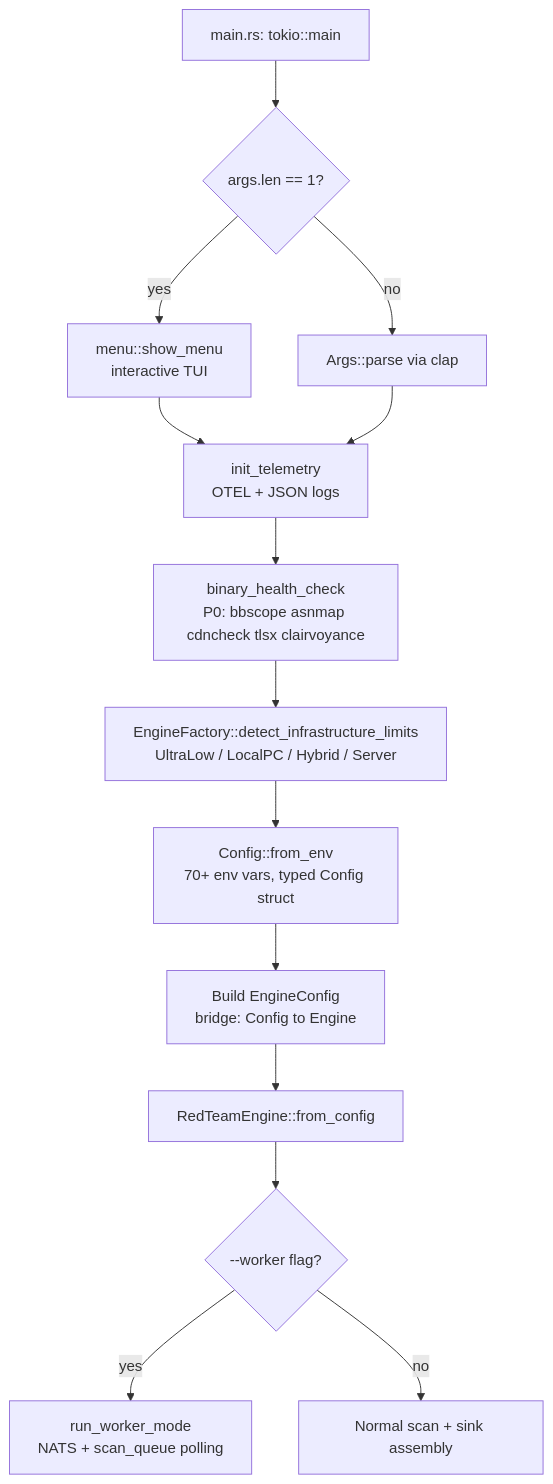
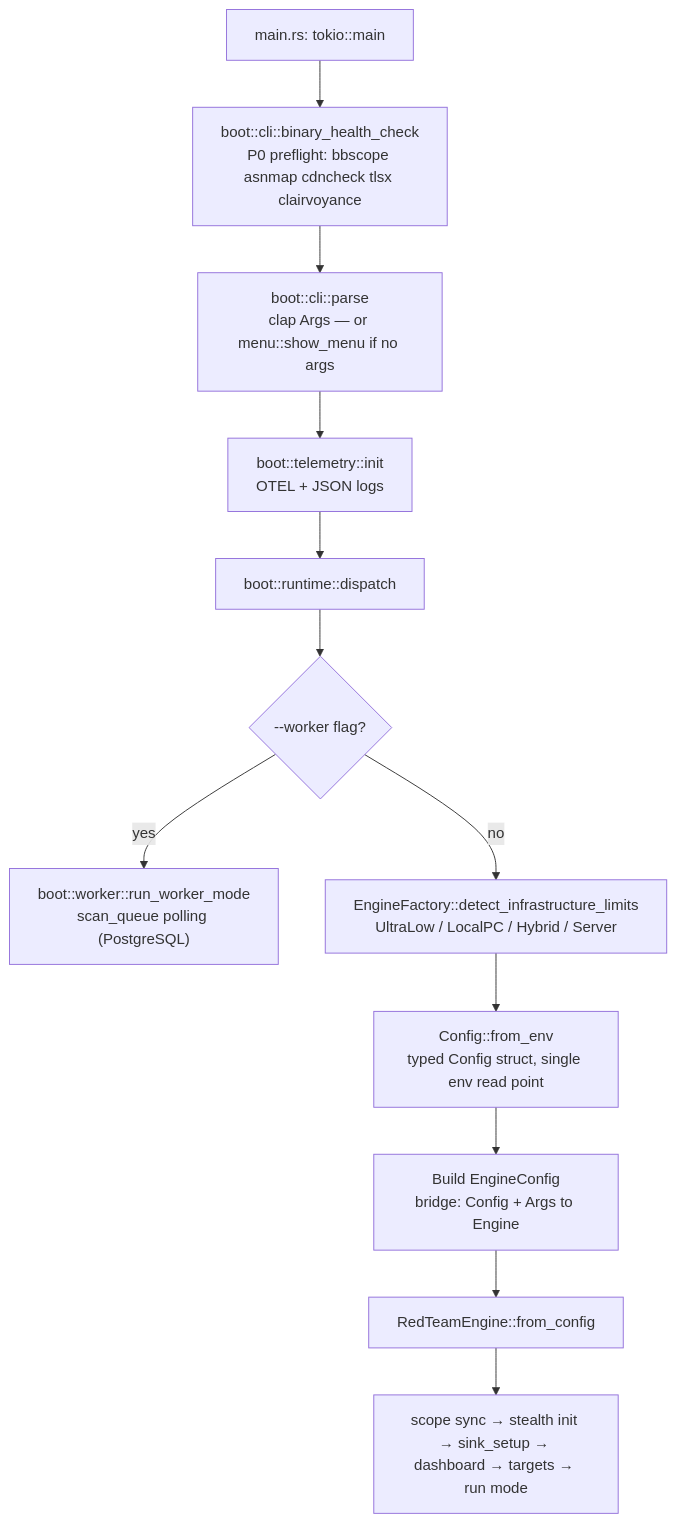
One commit to kripiman/OsintUltimate changed the first of 9 diagrams in redteam_rust_core/DOCS/ARCHITECTURE.md. Above: the diagram before and after it, drawn with Mermaid. The commit also changed other lines of this file and 6 other files, not shown here.

````diff
--- a/redteam_rust_core/DOCS/ARCHITECTURE.md
+++ b/redteam_rust_core/DOCS/ARCHITECTURE.md
@@ -9,15 +13,14 @@
 ```mermaid
 flowchart TD
-    A["main.rs: tokio::main"] --> B{"args.len == 1?"}
-    B -- yes --> C["menu::show_menu<br/>interactive TUI"]
-    B -- no --> D["Args::parse via clap"]
-    C & D --> E["init_telemetry<br/>OTEL + JSON logs"]
-    E --> F["binary_health_check<br/>P0: bbscope asnmap cdncheck tlsx clairvoyance"]
-    F --> G["EngineFactory::detect_infrastructure_limits<br/>UltraLow / LocalPC / Hybrid / Server"]
-    G --> H["Config::from_env<br/>70+ env vars, typed Config struct"]
-    H --> I["Build EngineConfig<br/>bridge: Config to Engine"]
+    A["main.rs: tokio::main"] --> B["boot::cli::binary_health_check<br/>P0 preflight: bbscope asnmap cdncheck tlsx clairvoyance"]
+    B --> C["boot::cli::parse<br/>clap Args — or menu::show_menu if no args"]
+    C --> D["boot::telemetry::init<br/>OTEL + JSON logs"]
+    D --> E["boot::runtime::dispatch"]
+    E --> K{"--worker flag?"}
+    K -- yes --> L["boot::worker::run_worker_mode<br/>scan_queue polling (PostgreSQL)"]
+    K -- no --> G["EngineFactory::detect_infrastructure_limits<br/>UltraLow / LocalPC / Hybrid / Server"]
+    G --> H["Config::from_env<br/>typed Config struct, single env read point"]
+    H --> I["Build EngineConfig<br/>bridge: Config + Args to Engine"]
     I --> J["RedTeamEngine::from_config"]
-    J --> K{"--worker flag?"}
-    K -- yes --> L["run_worker_mode<br/>NATS + scan_queue polling"]
-    K -- no --> M["Normal scan + sink assembly"]
+    J --> M["scope sync → stealth init → sink_setup → dashboard → targets → run mode"]
 ```
````
